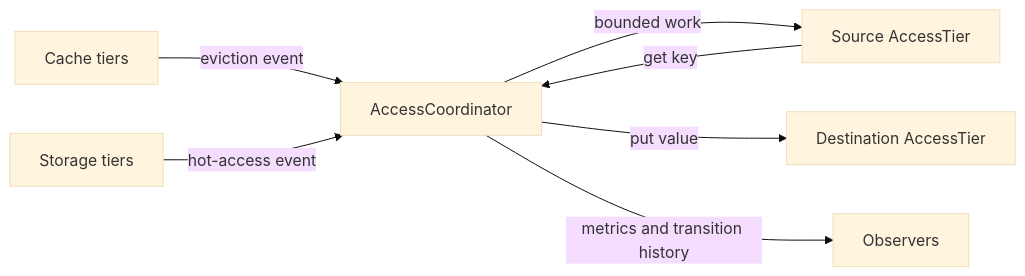
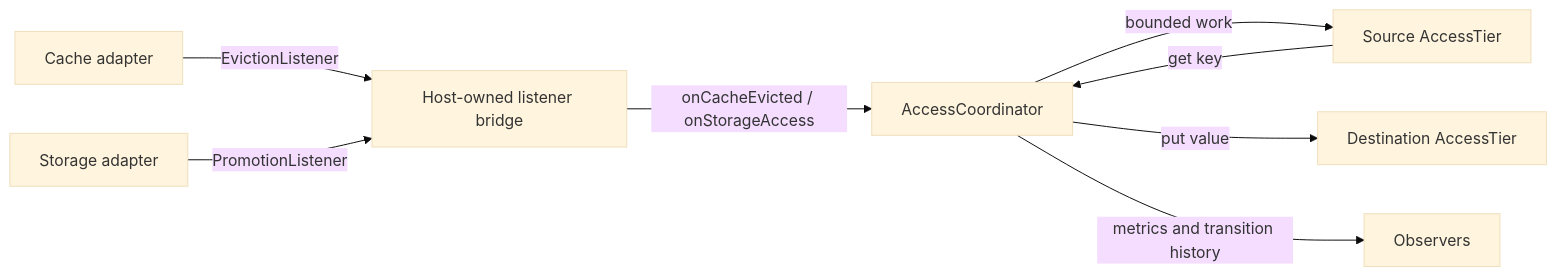
The diagram in src/access_model/README.md (makr-code/ThemisDB), drawn with Mermaid (base theme) before and after one commit. The commit also changed other lines of this file and 19 other files, not shown here.

````diff
--- a/src/access_model/README.md
+++ b/src/access_model/README.md
@@ -63,9 +63,10 @@
 ```mermaid
 flowchart LR
-    Cache["Cache tiers"] -->|eviction event| Coordinator["AccessCoordinator"]
-    Storage["Storage tiers"] -->|hot-access event| Coordinator
+    Cache["Cache adapter"] -->|EvictionListener| Bridge["Host-owned listener bridge"]
+    Storage["Storage adapter"] -->|PromotionListener| Bridge
+    Bridge -->|onCacheEvicted / onStorageAccess| Coordinator["AccessCoordinator"]
     Coordinator -->|bounded work| Source["Source AccessTier"]
     Source -->|get key| Coordinator
     Coordinator -->|put value| Destination["Destination AccessTier"]
     Coordinator -->|metrics and transition history| Telemetry["Observers"]
 ```
````
